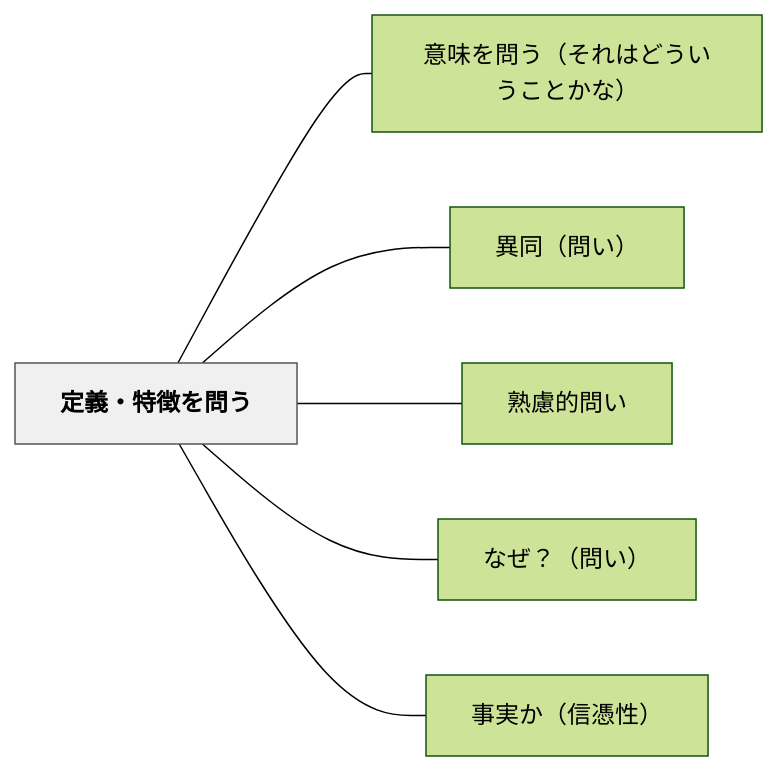
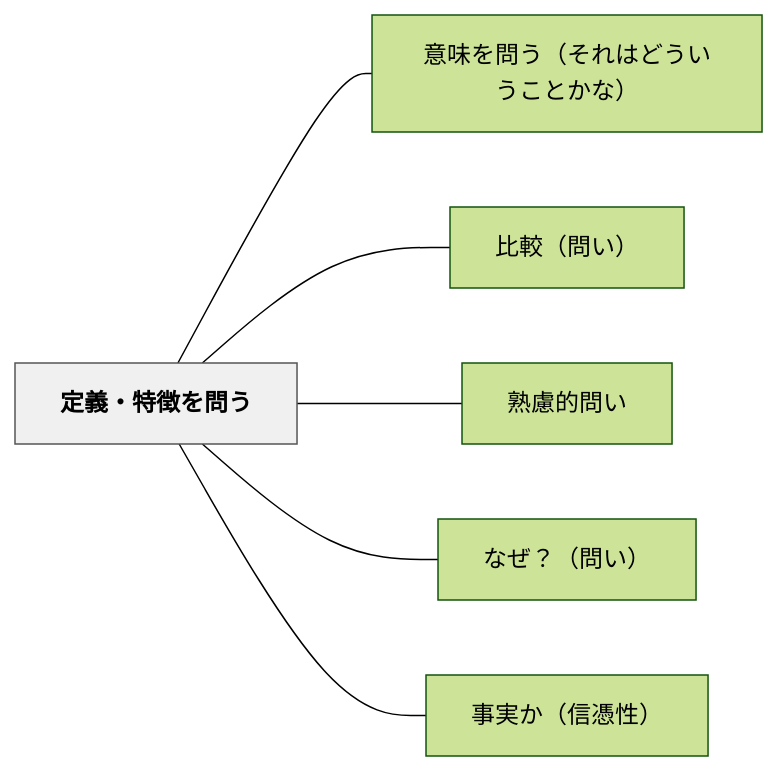
The diagram in content/パタン/定義・特徴を問う.md (unknownthings-ed-patterns/unknownthings-ed-patterns), drawn with Mermaid (forest theme) before and after one commit. The commit also changed other lines of this file and 9 other files, not shown here.

````diff
--- a/content/パタン/定義・特徴を問う.md
+++ b/content/パタン/定義・特徴を問う.md
@@ -42,18 +42,18 @@
 ```mermaid
 flowchart LR
     ne5ae9ae7bea9e383bbe789b9e5beb4e38292e5958fe38186["定義・特徴を問う"]
     ne6848fe591b3e38292e5958fe38186efbc88e3819de3828ce381afe381a9e38186e38184e38186e38193e381a8e3818be381aaefbc89["意味を問う（それはどういうことかな）"]
-    ne795b0e5908cefbc88e5958fe38184efbc89["異同（問い）"]
+    ne6af94e8bc83efbc88e5958fe38184efbc89["比較（問い）"]
     ne7869fe685aee79a84e5958fe38184["熟慮的問い"]
     ne381aae3819cefbc9fefbc88e5958fe38184efbc89["なぜ？（問い）"]
     ne4ba8be5ae9fe3818befbc88e4bfa1e68691e680a7efbc89["事実か（信憑性）"]
 
     ne5ae9ae7bea9e383bbe789b9e5beb4e38292e5958fe38186 --- ne6848fe591b3e38292e5958fe38186efbc88e3819de3828ce381afe381a9e38186e38184e38186e38193e381a8e3818be381aaefbc89
-    ne5ae9ae7bea9e383bbe789b9e5beb4e38292e5958fe38186 --- ne795b0e5908cefbc88e5958fe38184efbc89
+    ne5ae9ae7bea9e383bbe789b9e5beb4e38292e5958fe38186 --- ne6af94e8bc83efbc88e5958fe38184efbc89
     ne5ae9ae7bea9e383bbe789b9e5beb4e38292e5958fe38186 --- ne7869fe685aee79a84e5958fe38184
     ne5ae9ae7bea9e383bbe789b9e5beb4e38292e5958fe38186 --- ne381aae3819cefbc9fefbc88e5958fe38184efbc89
     ne5ae9ae7bea9e383bbe789b9e5beb4e38292e5958fe38186 --- ne4ba8be5ae9fe3818befbc88e4bfa1e68691e680a7efbc89
 
     classDef hub fill:#f0f0f0,stroke:#555,color:#000,font-weight:bold
     class ne5ae9ae7bea9e383bbe789b9e5beb4e38292e5958fe38186 hub
 ```
````
